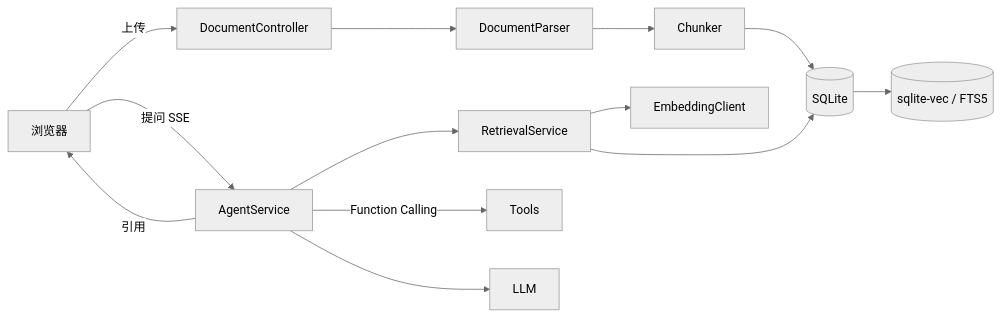
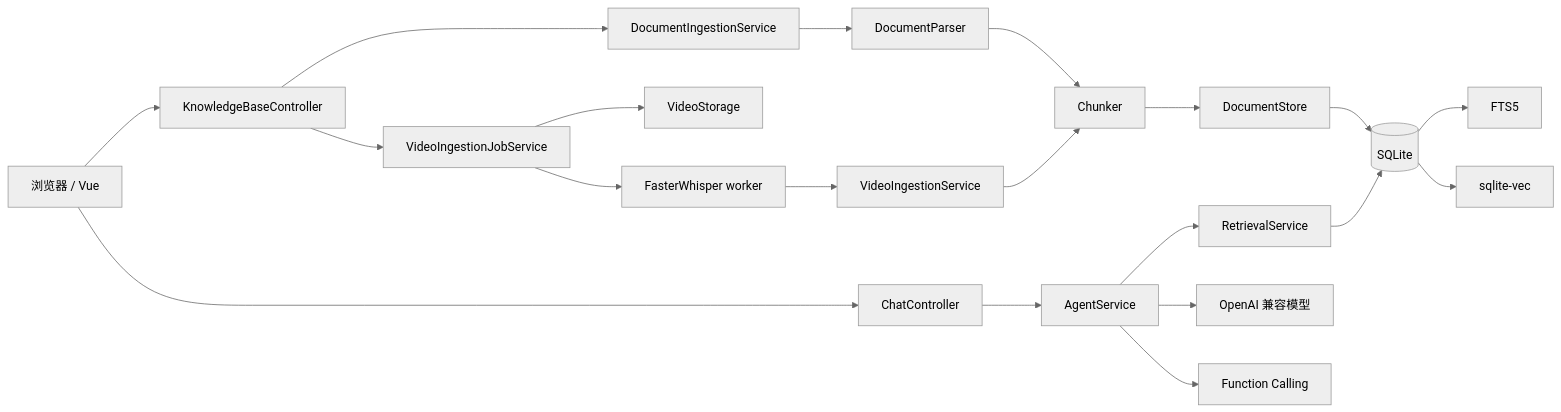
Before and after one commit to YeYirp/docinsight-agent: the diagram in README.md, drawn with Mermaid (neutral theme). The commit also changed other lines of this file and 1 other file, not shown here.

````diff
--- a/README.md
+++ b/README.md
@@ -30,15 +28,26 @@
 ```mermaid
 flowchart LR
-    U[浏览器] -->|上传| D[DocumentController]
-    D --> P[DocumentParser]
-    P --> C[Chunker]
-    C --> S[(SQLite)]
-    U -->|提问 SSE| A[AgentService]
-    A --> R[RetrievalService]
-    R --> S
-    S --> V[(sqlite-vec / FTS5)]
-    R --> E[EmbeddingClient]
-    A -->|Function Calling| T[Tools]
-    A --> L[LLM]
-    A -->|引用| U
+    UI[浏览器 / Vue] --> KC[KnowledgeBaseController]
+    UI --> CC[ChatController]
+
+    KC --> DI[DocumentIngestionService]
+    DI --> DP[DocumentParser]
+    DP --> CH[Chunker]
+    CH --> DS[DocumentStore]
+
+    KC --> VJ[VideoIngestionJobService]
+    VJ --> VS[VideoStorage]
+    VJ --> FW[FasterWhisper worker]
+    FW --> VI[VideoIngestionService]
+    VI --> CH
+
+    DS --> DB[(SQLite)]
+    DB --> FTS[FTS5]
+    DB --> VEC[sqlite-vec]
+
+    CC --> AS[AgentService]
+    AS --> RS[RetrievalService]
+    RS --> DB
+    AS --> LLM[OpenAI 兼容模型]
+    AS --> TOOLS[Function Calling]
 ```
````
